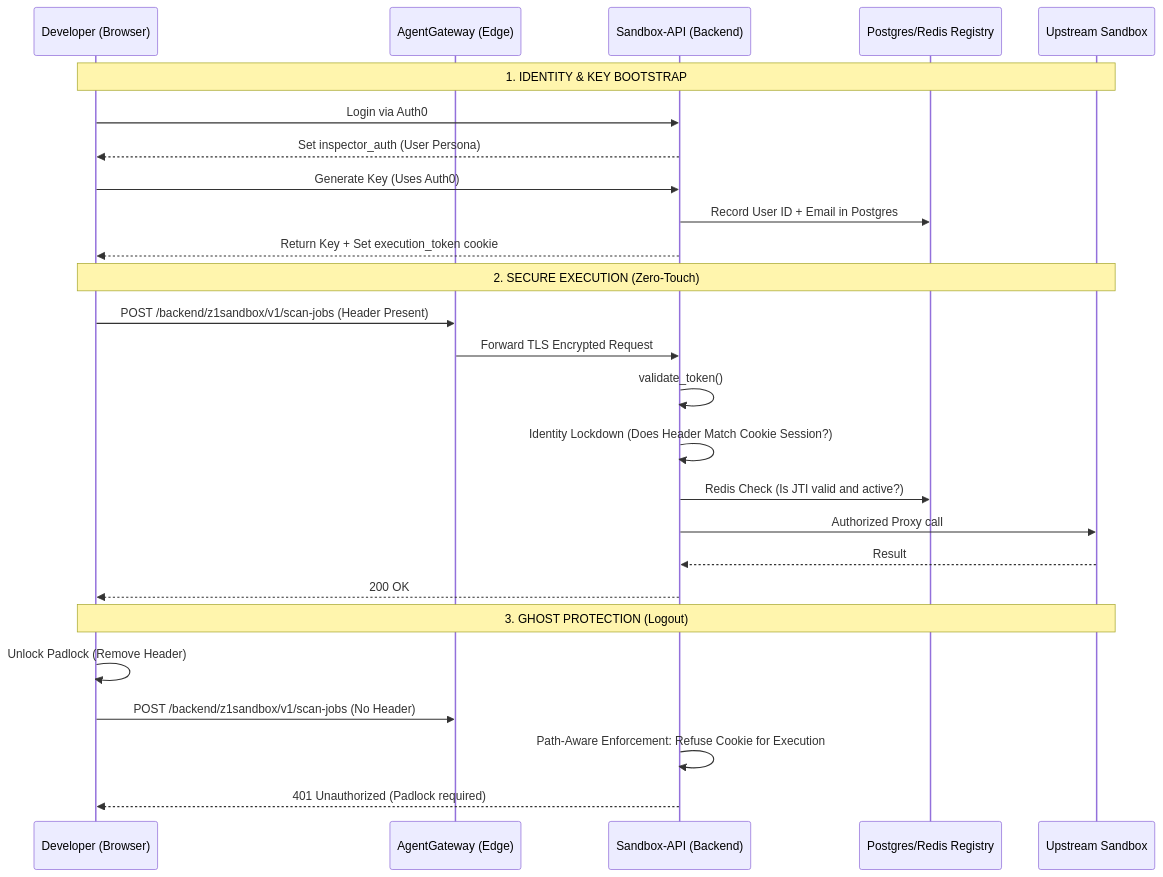
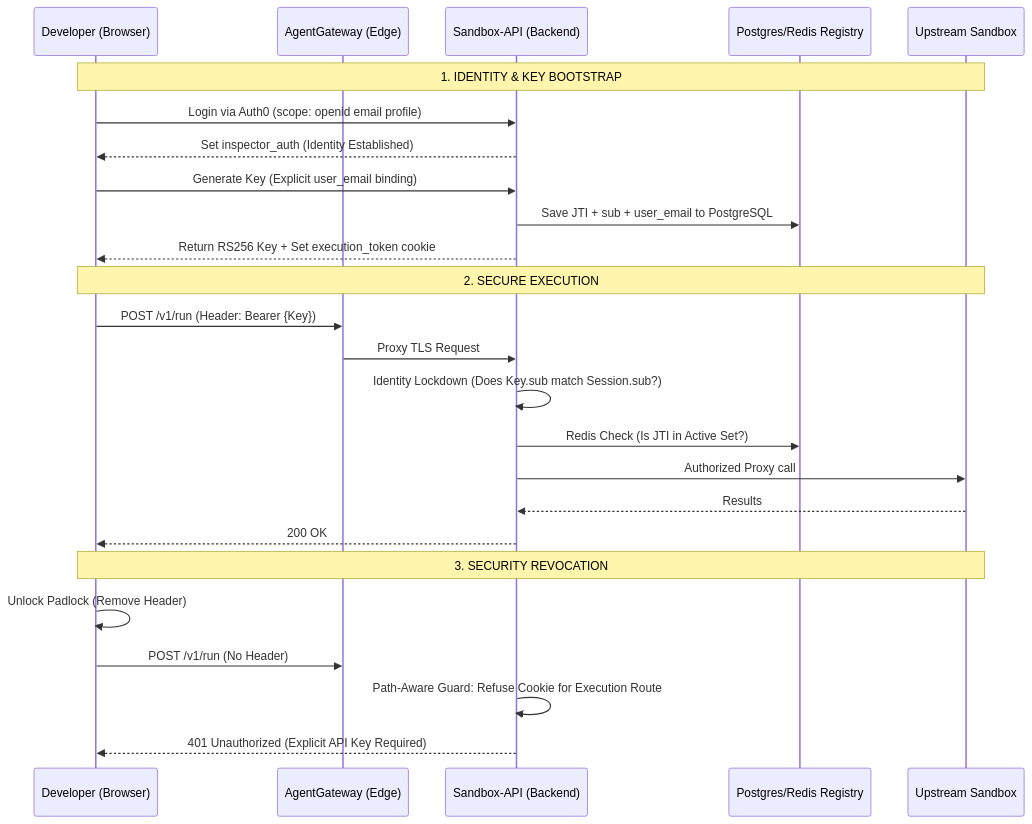
Before and after one commit to 01cloud/01-Sandbox: the diagram in docs/developer_key.md, drawn with Mermaid. The commit also changed other lines of this file and 1 other file, not shown here.

Commit message:
fix: fix the email

````diff
--- a/docs/developer_key.md
+++ b/docs/developer_key.md
@@ -45,31 +68,30 @@
 ```mermaid
 sequenceDiagram
     participant Dev as Developer (Browser)
     participant GW as AgentGateway (Edge)
     participant API as Sandbox-API (Backend)
     participant DB as Postgres/Redis Registry
     participant SB as Upstream Sandbox
 
     Note over Dev, SB: 1. IDENTITY & KEY BOOTSTRAP
-    Dev->>API: Login via Auth0
-    API-->>Dev: Set inspector_auth (User Persona)
-    Dev->>API: Generate Key (Uses Auth0)
-    API->>DB: Record User ID + Email in Postgres
-    API-->>Dev: Return Key + Set execution_token cookie
+    Dev->>API: Login via Auth0 (scope: openid email profile)
+    API-->>Dev: Set inspector_auth (Identity Established)
+    Dev->>API: Generate Key (Explicit user_email binding)
+    API->>DB: Save JTI + sub + user_email to PostgreSQL
+    API-->>Dev: Return RS256 Key + Set execution_token cookie
 
-    Note over Dev, SB: 2. SECURE EXECUTION (Zero-Touch)
-    Dev->>GW: POST /backend/z1sandbox/v1/scan-jobs (Header Present)
-    GW->>API: Forward TLS Encrypted Request
-    API->>API: validate_token()
-    API->>API: Identity Lockdown (Does Header Match Cookie Session?)
-    API->>DB: Redis Check (Is JTI valid and active?)
+    Note over Dev, SB: 2. SECURE EXECUTION
+    Dev->>GW: POST /v1/run (Header: Bearer {Key})
+    GW->>API: Proxy TLS Request
+    API->>API: Identity Lockdown (Does Key.sub match Session.sub?)
+    API->>DB: Redis Check (Is JTI in Active Set?)
     API->>SB: Authorized Proxy call
-    SB-->>API: Result
+    SB-->>API: Results
     API-->>Dev: 200 OK
 
-    Note over Dev, SB: 3. GHOST PROTECTION (Logout)
+    Note over Dev, SB: 3. SECURITY REVOCATION
     Dev->>Dev: Unlock Padlock (Remove Header)
-    Dev->>GW: POST /backend/z1sandbox/v1/scan-jobs (No Header)
-    API->>API: Path-Aware Enforcement: Refuse Cookie for Execution
-    API-->>Dev: 401 Unauthorized (Padlock required)
+    Dev->>GW: POST /v1/run (No Header)
+    API->>API: Path-Aware Guard: Refuse Cookie for Execution Route
+    API-->>Dev: 401 Unauthorized (Explicit API Key Required)
 ```
````
